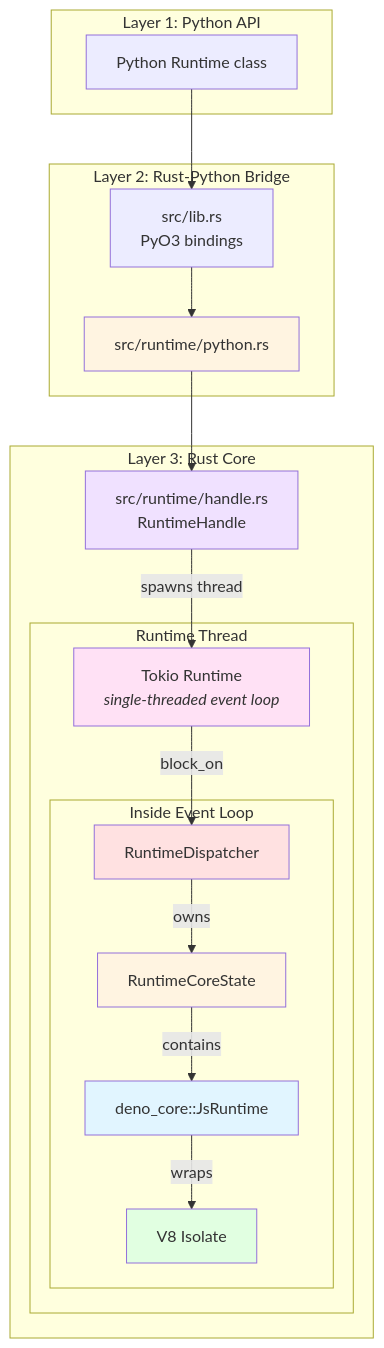
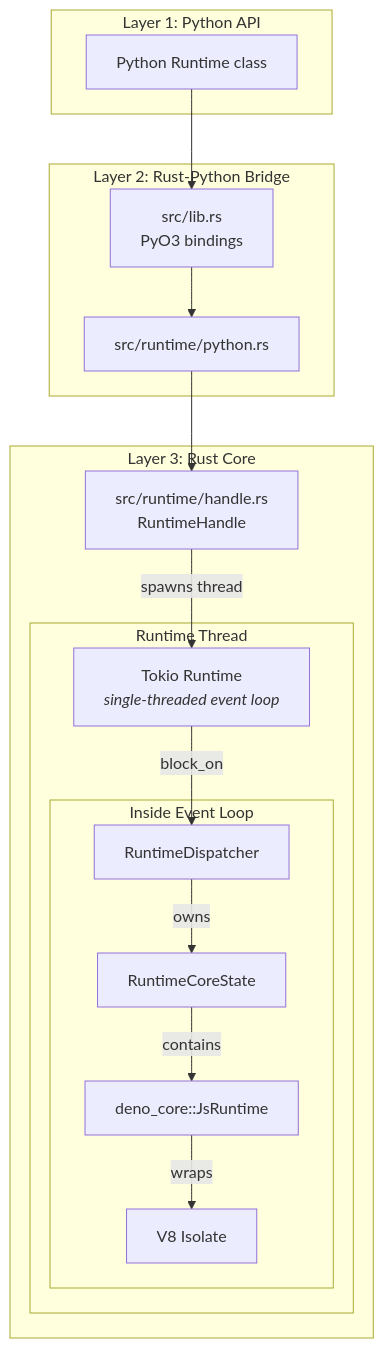
The first of 4 diagrams in docs/contributing/architecture.md (mikz/jsrun), drawn with Mermaid before and after one commit. The commit also changed 11 other files, not shown here.

````diff
--- a/docs/contributing/architecture.md
+++ b/docs/contributing/architecture.md
@@ -10,43 +10,35 @@
 ```mermaid
 graph TB
     subgraph "Layer 1: Python API"
         PYRT[Python Runtime class]
     end
 
     subgraph "Layer 2: Rust-Python Bridge"
         BRIDGE[src/lib.rs<br/>PyO3 bindings]
         PYRT_RS[src/runtime/python.rs]
     end
 
     subgraph "Layer 3: Rust Core"
         HANDLE[src/runtime/handle.rs<br/>RuntimeHandle]
 
         subgraph "Runtime Thread"
             TOKIO[Tokio Runtime<br/><i>single-threaded event loop</i>]
 
             subgraph "Inside Event Loop"
                 DISPATCHER[RuntimeDispatcher]
                 CORE[RuntimeCoreState]
                 DENO[deno_core::JsRuntime]
                 V8[V8 Isolate]
             end
         end
     end
 
     PYRT --> BRIDGE
     BRIDGE --> PYRT_RS
     PYRT_RS --> HANDLE
     HANDLE -->|spawns thread| TOKIO
     TOKIO -->|block_on| DISPATCHER
     DISPATCHER -->|owns| CORE
     CORE -->|contains| DENO
     DENO -->|wraps| V8
-
-    style PYRT_RS fill:#fff4e1
-    style HANDLE fill:#f0e1ff
-    style TOKIO fill:#ffe1f5
-    style DISPATCHER fill:#ffe1e1
-    style CORE fill:#fff4e1
-    style DENO fill:#e1f5ff
-    style V8 fill:#e1ffe1
 ```
````
